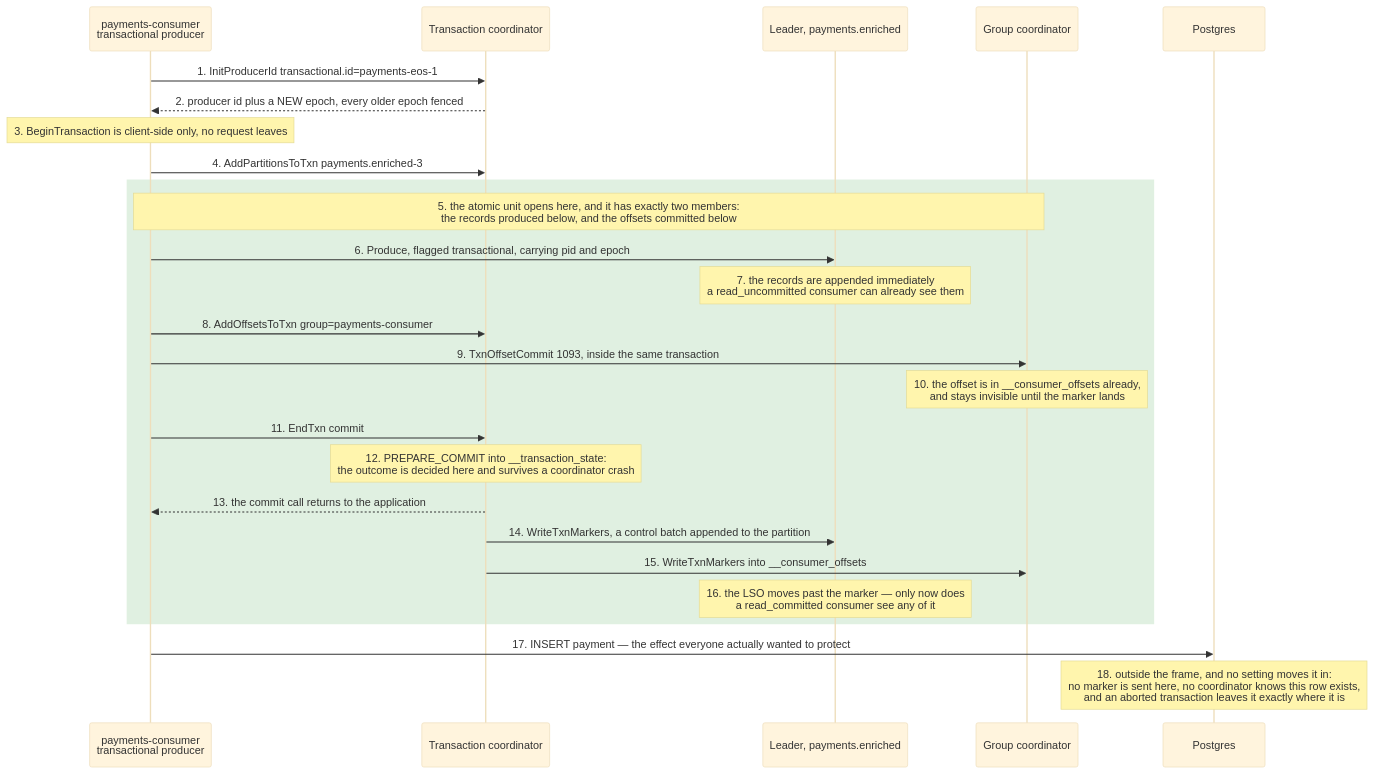
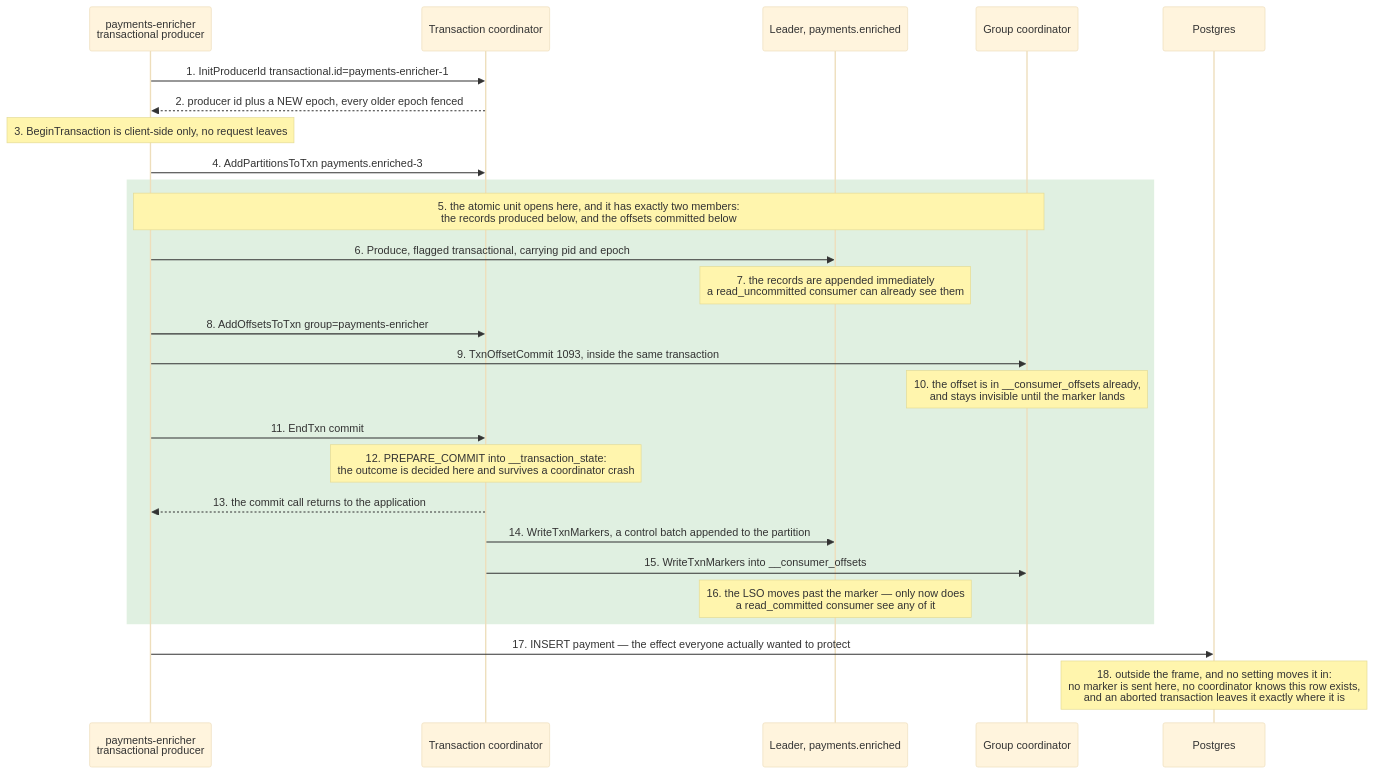
The diagram in docs/static/10-transactions-eos.md (DmytroLysenko1/Kafka-lab), drawn with Mermaid (base theme) before and after one commit. The commit also changed other lines of this file and 7 other files, not shown here.

First line of the commit message:
tied the retry and dead-letter docs to the consumer group

````diff
--- a/docs/static/10-transactions-eos.md
+++ b/docs/static/10-transactions-eos.md
@@ -9,34 +9,34 @@
 ```mermaid
 sequenceDiagram
-    participant C as payments-consumer<br/>transactional producer
+    participant C as payments-enricher<br/>transactional producer
     participant TC as Transaction coordinator
     participant P as Leader, payments.enriched
     participant GC as Group coordinator
     participant PG as Postgres
 
-    C->>TC: 1. InitProducerId transactional.id=payments-eos-1
+    C->>TC: 1. InitProducerId transactional.id=payments-enricher-1
     TC-->>C: 2. producer id plus a NEW epoch, every older epoch fenced
     Note over C: 3. BeginTransaction is client-side only, no request leaves
 
     C->>TC: 4. AddPartitionsToTxn payments.enriched-3
 
     rect rgba(67, 160, 71, 0.16)
         Note over C,GC: 5. the atomic unit opens here, and it has exactly two members:<br/>the records produced below, and the offsets committed below
         C->>P: 6. Produce, flagged transactional, carrying pid and epoch
         Note over P: 7. the records are appended immediately<br/>a read_uncommitted consumer can already see them
 
-        C->>TC: 8. AddOffsetsToTxn group=payments-consumer
+        C->>TC: 8. AddOffsetsToTxn group=payments-enricher
         C->>GC: 9. TxnOffsetCommit 1093, inside the same transaction
         Note over GC: 10. the offset is in __consumer_offsets already,<br/>and stays invisible until the marker lands
 
         C->>TC: 11. EndTxn commit
         Note over TC: 12. PREPARE_COMMIT into __transaction_state:<br/>the outcome is decided here and survives a coordinator crash
         TC-->>C: 13. the commit call returns to the application
         TC->>P: 14. WriteTxnMarkers, a control batch appended to the partition
         TC->>GC: 15. WriteTxnMarkers into __consumer_offsets
         Note over P: 16. the LSO moves past the marker — only now does<br/>a read_committed consumer see any of it
     end
 
     C->>PG: 17. INSERT payment — the effect everyone actually wanted to protect
     Note over PG: 18. outside the frame, and no setting moves it in:<br/>no marker is sent here, no coordinator knows this row exists,<br/>and an aborted transaction leaves it exactly where it is
 ```
````
